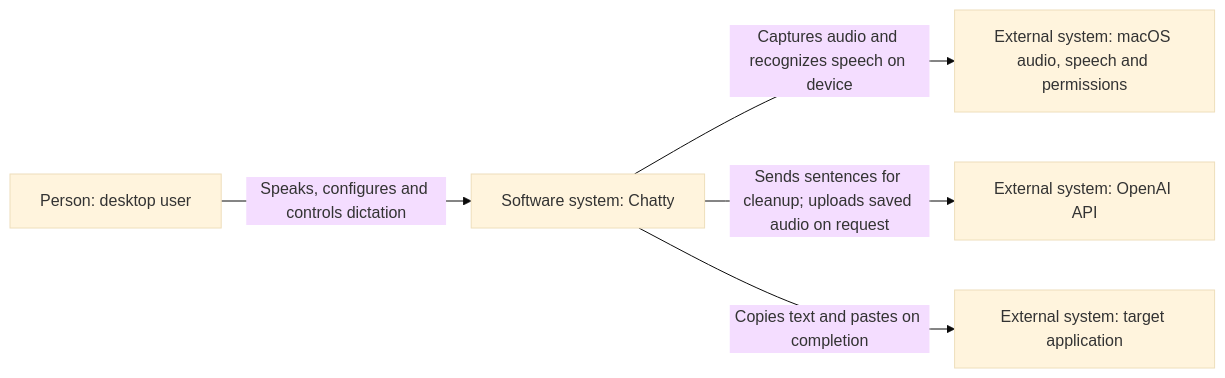
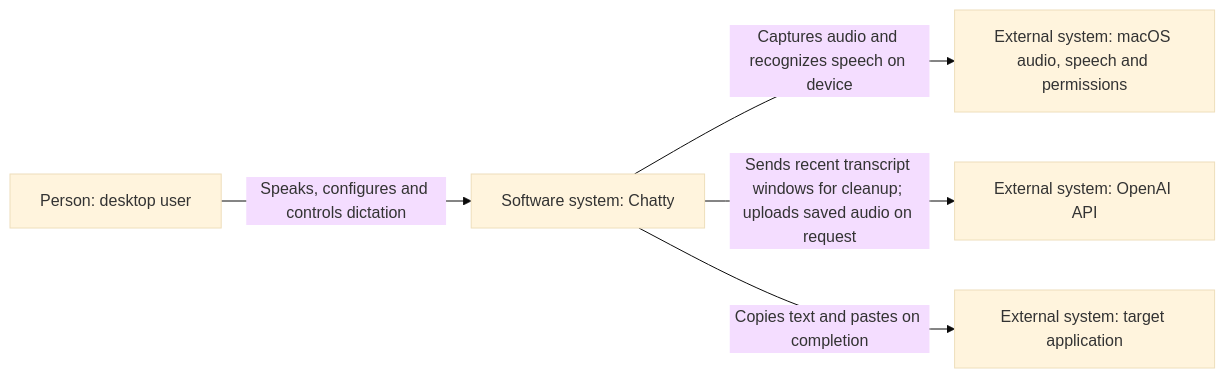
One commit to codethread/Chatty.app changed the first of 3 diagrams in docs/architecture.md. Above: the diagram before and after it, drawn with Mermaid (base theme). The commit also changed other lines of this file and 19 other files, not shown here.

Commit message:
feat: batch dictation cleanup with configurable recent context

````diff
--- a/docs/architecture.md
+++ b/docs/architecture.md
@@ -9,12 +9,12 @@
 ```mermaid
 flowchart LR
   person["Person: desktop user"]
   chatty["Software system: Chatty"]
   macos["External system: macOS audio, speech and permissions"]
   openai["External system: OpenAI API"]
   target["External system: target application"]
   person -- "Speaks, configures and controls dictation" --> chatty
   chatty -- "Captures audio and recognizes speech on device" --> macos
-  chatty -- "Sends sentences for cleanup; uploads saved audio on request" --> openai
+  chatty -- "Sends recent transcript windows for cleanup; uploads saved audio on request" --> openai
   chatty -- "Copies text and pastes on completion" --> target
 ```
````
